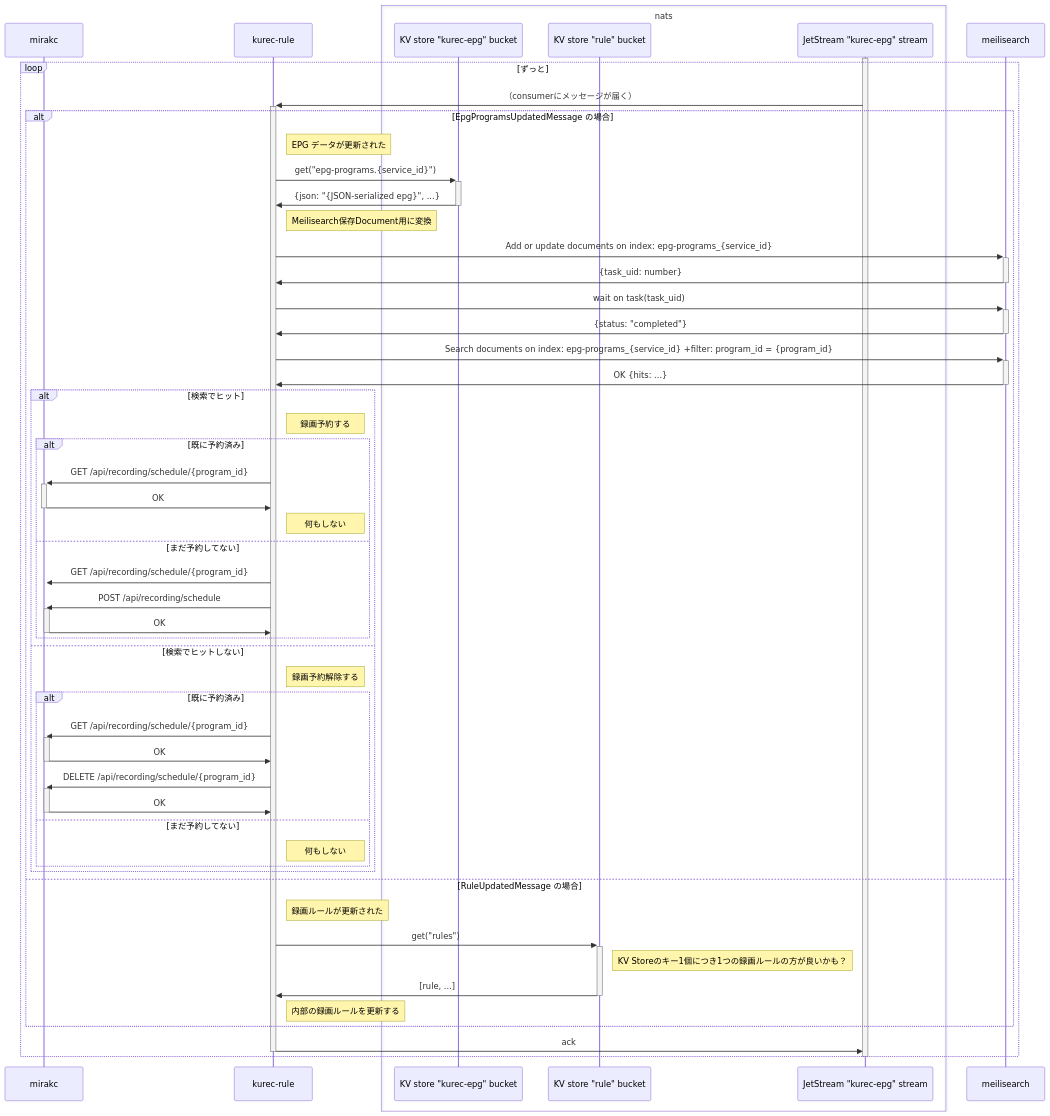
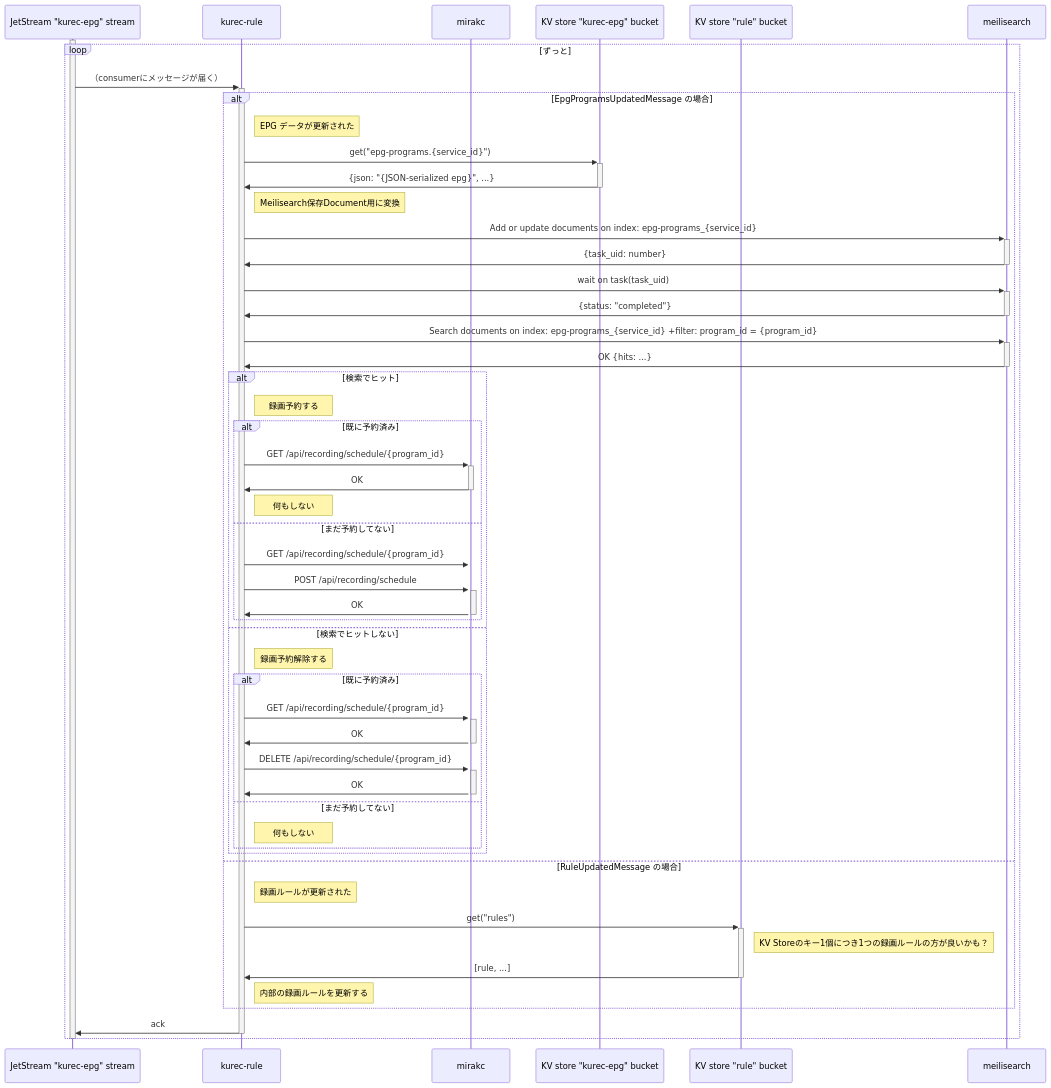
One commit to kurec-tool/kurec changed the second of 3 diagrams in docs/sequence.md. Above: the diagram before and after it, drawn with Mermaid.

Commit message:
Boxやめる

````diff
--- a/docs/sequence.md
+++ b/docs/sequence.md
@@ -57,68 +57,66 @@
 ```mermaid
 sequenceDiagram
 
-participant mirakc
+participant js-epg as JetStream "kurec-epg" stream
 participant kurec-rule
 
-box nats
-    participant kv-bucket-epg as KV store "kurec-epg" bucket
-    participant kv-bucket-rule as KV store "rule" bucket
-    participant js-epg as JetStream "kurec-epg" stream
-end
+participant mirakc
+participant kv-bucket-epg as KV store "kurec-epg" bucket
+participant kv-bucket-rule as KV store "rule" bucket
 
 participant meilisearch
 
 activate js-epg
 loop ずっと
     js-epg ->>+ kurec-rule: （consumerにメッセージが届く）
 
     alt EpgProgramsUpdatedMessage の場合
         note right of kurec-rule: EPG データが更新された
         kurec-rule ->>+ kv-bucket-epg: get("epg-programs.{service_id}")
         kv-bucket-epg ->>- kurec-rule: {json: "{JSON-serialized epg}", ...}
 
         note right of kurec-rule: Meilisearch保存Document用に変換
         kurec-rule ->>+ meilisearch: Add or update documents on index: epg-programs_{service_id}
         meilisearch ->>- kurec-rule: {task_uid: number}
 
         kurec-rule ->>+ meilisearch: wait on task(task_uid)
         meilisearch ->>- kurec-rule: {status: "completed"}
 
         kurec-rule ->>+ meilisearch: Search documents on index: epg-programs_{service_id} +filter: program_id = {program_id}
         meilisearch ->>- kurec-rule: OK {hits: ...}
 
         alt 検索でヒット
             note right of kurec-rule: 録画予約する
             alt 既に予約済み
                 kurec-rule ->>+ mirakc: GET /api/recording/schedule/{program_id}
                 mirakc ->>- kurec-rule: OK
                 note right of kurec-rule: 何もしない
             else まだ予約してない
                 kurec-rule ->>+ mirakc: GET /api/recording/schedule/{program_id}
                 kurec-rule ->>+ mirakc: POST /api/recording/schedule
                 mirakc ->>- kurec-rule: OK
             end
         else 検索でヒットしない
             note right of kurec-rule: 録画予約解除する
             alt 既に予約済み
                 kurec-rule ->>+ mirakc: GET /api/recording/schedule/{program_id}
                 mirakc ->>- kurec-rule: OK
                 kurec-rule ->>+ mirakc: DELETE /api/recording/schedule/{program_id}
                 mirakc ->>- kurec-rule: OK
             else まだ予約してない
                 note right of kurec-rule: 何もしない
             end
         end
 
     else RuleUpdatedMessage の場合
         note right of kurec-rule: 録画ルールが更新された
         kurec-rule ->>+ kv-bucket-rule: get("rules")
         note right of kv-bucket-rule: KV Storeのキー1個につき1つの録画ルールの方が良いかも？
         kv-bucket-rule ->>- kurec-rule: [rule, ...]
         note right of kurec-rule: 内部の録画ルールを更新する
     end
 
     kurec-rule ->>- js-epg: ack
 end
 deactivate js-epg
 ```
````
